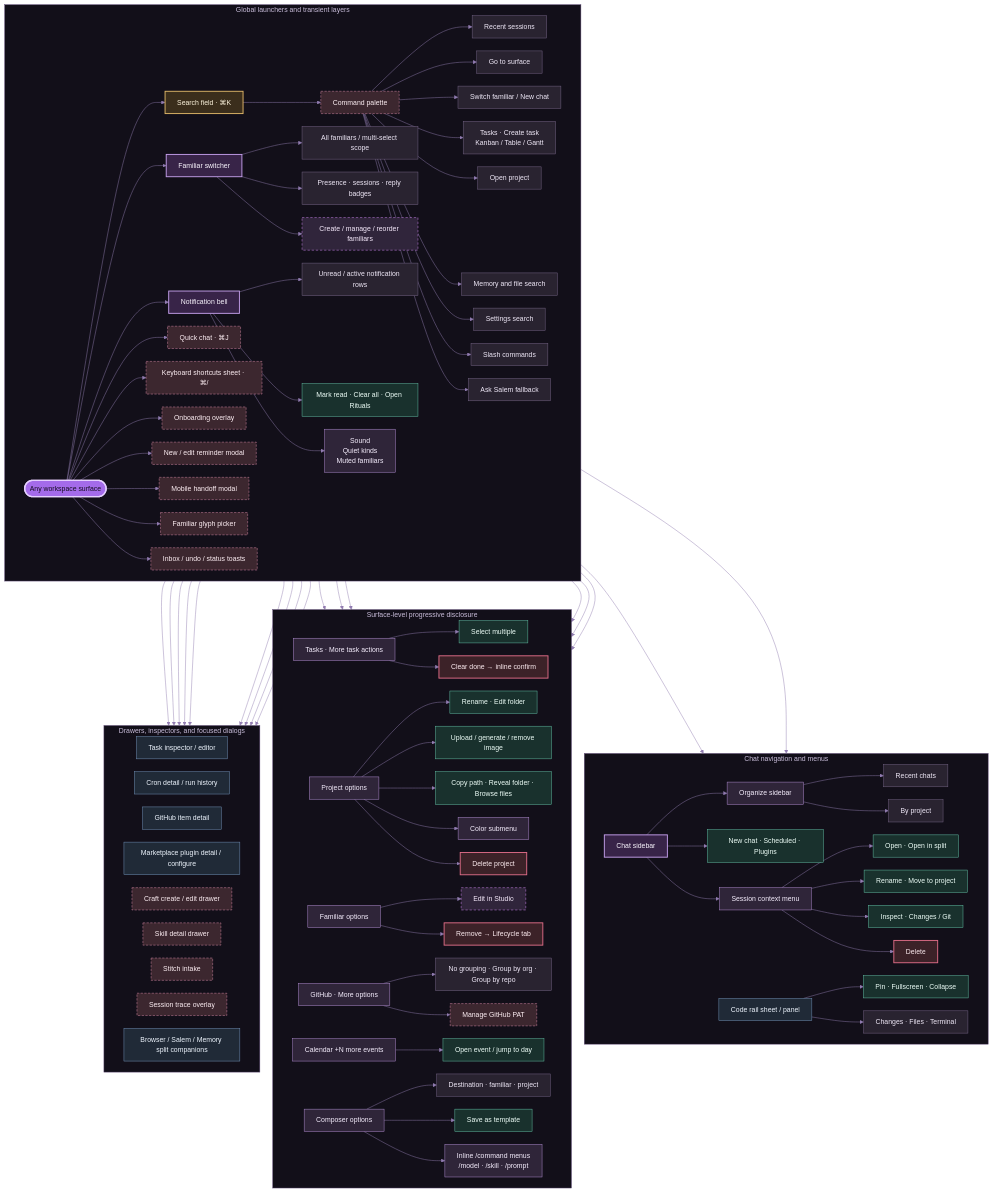
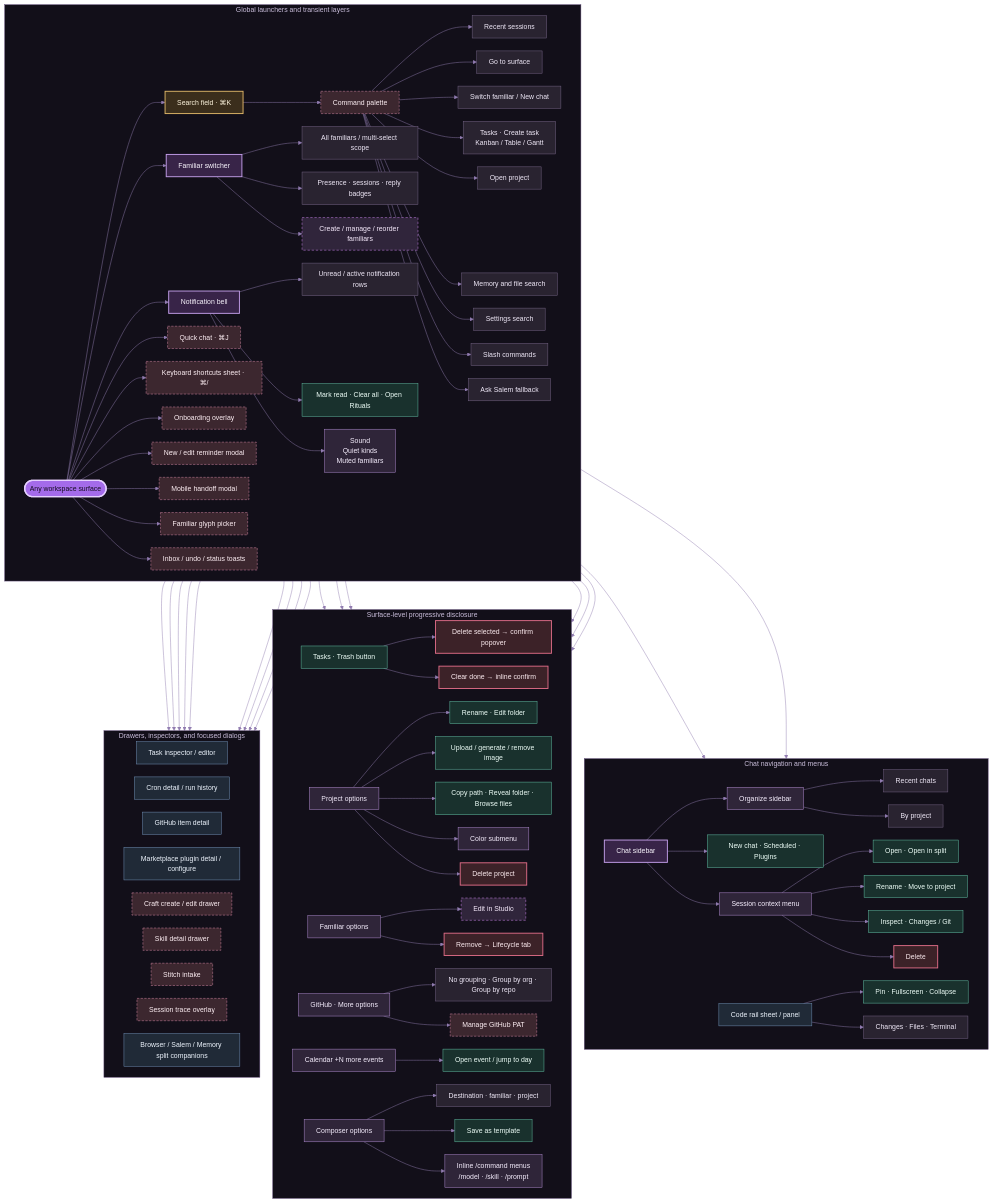
One commit to oxfern/coven-cave changed the diagram in docs/diagrams/navigation/04-menus-and-overlays.mmd. Above: the diagram before and after it, drawn with Mermaid. The commit also changed 3 other files, not shown here.

First line of the commit message:
Tasks: trash button owns Clear done; remove the header overflow menu (cave-zngl) (#3877)

```diff
--- a/docs/diagrams/navigation/04-menus-and-overlays.mmd
+++ b/docs/diagrams/navigation/04-menus-and-overlays.mmd
@@ -1,120 +1,120 @@
 %% CovenCave menus, launchers, contextual navigation, dialogs, and sheets
 %% Sources: workspace.tsx, command-palette.tsx, top-bar.tsx,
 %% sidebar-minimal.tsx, notification-bell.tsx, and surface overflow menus
 %% Regenerated from main@bcf9f8bdbcb1 (2026-07-18) — final IA for issue #3283.
 %%{init: {
   "theme": "base",
   "flowchart": { "curve": "basis", "nodeSpacing": 28, "rankSpacing": 62, "padding": 13 },
   "themeVariables": {
     "fontFamily": "Inter, ui-sans-serif, system-ui, sans-serif",
     "fontSize": "15px",
     "primaryColor": "#241b31",
     "primaryTextColor": "#f7f2ff",
     "primaryBorderColor": "#b995e8",
     "lineColor": "#927db1",
     "clusterBkg": "#120f19",
     "clusterBorder": "#5f4a78",
     "edgeLabelBackground": "#120f19"
   }
 }}%%
 flowchart TB
   UI([Any workspace surface]):::entry
 
   subgraph GLOBAL["Global launchers and transient layers"]
     direction LR
     UI --> SEARCH["Search field · ⌘K"]:::launcher
     SEARCH --> PALETTE["Command palette"]:::overlay
     PALETTE --> PRECENT["Recent sessions"]:::group
     PALETTE --> PSURF["Go to surface"]:::group
     PALETTE --> PFAM["Switch familiar / New chat"]:::group
     PALETTE --> PCARD["Tasks · Create task<br/>Kanban / Table / Gantt"]:::group
     PALETTE --> PPROJECT["Open project"]:::group
     PALETTE --> PMEM["Memory and file search"]:::group
     PALETTE --> PSET["Settings search"]:::group
     PALETTE --> PCMD["Slash commands"]:::group
     PALETTE --> PSALEM["Ask Salem fallback"]:::group
 
     UI --> FSWITCH["Familiar switcher"]:::menu
     FSWITCH --> FALL["All familiars / multi-select scope"]:::group
     FSWITCH --> FPRESENCE["Presence · sessions · reply badges"]:::group
     FSWITCH --> FCREATE["Create / manage / reorder familiars"]:::route
 
     UI --> NOTIFY["Notification bell"]:::menu
     NOTIFY --> NROWS["Unread / active notification rows"]:::group
     NOTIFY --> NACT["Mark read · Clear all · Open Rituals"]:::action
     NOTIFY --> NPREF["Sound<br/>Quiet kinds<br/>Muted familiars"]:::submenu
 
     UI --> QUICK["Quick chat · ⌘J"]:::overlay
     UI --> SHORTCUTS["Keyboard shortcuts sheet · ⌘/"]:::overlay
     UI --> ONBOARD["Onboarding overlay"]:::overlay
     UI --> REMINDER["New / edit reminder modal"]:::overlay
     UI --> PHONE["Mobile handoff modal"]:::overlay
     UI --> GLYPH["Familiar glyph picker"]:::overlay
     UI --> TOASTS["Inbox / undo / status toasts"]:::overlay
   end
 
   subgraph CHATMENUS["Chat navigation and menus"]
     direction LR
     UI --> CHATNAV["Chat sidebar"]:::menu
     CHATNAV --> CORG["Organize sidebar"]:::submenu
     CORG --> CRECENT["Recent chats"]:::group
     CORG --> CPROJECT["By project"]:::group
     CHATNAV --> CQUICK["New chat · Scheduled · Plugins"]:::action
     CHATNAV --> CROW["Session context menu"]:::submenu
     CROW --> COPEN["Open · Open in split"]:::action
     CROW --> CTRANS["Rename · Move to project"]:::action
     CROW --> CDEBUG["Inspect · Changes / Git"]:::action
     CROW --> CDELETE["Delete"]:::danger
     UI --> CODERAIL["Code rail sheet / panel"]:::panel
     CODERAIL --> CRFULL["Pin · Fullscreen · Collapse"]:::action
     CODERAIL --> CRTABS["Changes · Files · Terminal"]:::group
   end
 
   subgraph SURFACEMENUS["Surface-level progressive disclosure"]
     direction LR
-    UI --> BOARDMENU["Tasks · More task actions"]:::submenu
-    BOARDMENU --> BMULTI["Select multiple"]:::action
-    BOARDMENU --> BCLEAR["Clear done → inline confirm"]:::danger
+    UI --> BOARDTRASH["Tasks · Trash button"]:::action
+    BOARDTRASH --> BDELSEL["Delete selected → confirm popover"]:::danger
+    BOARDTRASH --> BCLEAR["Clear done → inline confirm"]:::danger
     UI --> PROJECTMENU["Project options"]:::submenu
     PROJECTMENU --> PEDIT["Rename · Edit folder"]:::action
     PROJECTMENU --> PICON["Upload / generate / remove image"]:::action
     PROJECTMENU --> PPATH["Copy path · Reveal folder · Browse files"]:::action
     PROJECTMENU --> PCOLOR["Color submenu"]:::submenu
     PROJECTMENU --> PDELETE["Delete project"]:::danger
     UI --> FAMILIARMENU["Familiar options"]:::submenu
     FAMILIARMENU --> FEDIT["Edit in Studio"]:::route
     FAMILIARMENU --> FREMOVE["Remove → Lifecycle tab"]:::danger
     UI --> GHMENU["GitHub · More options"]:::submenu
     GHMENU --> GHGRP["No grouping · Group by org · Group by repo"]:::group
     GHMENU --> GHPAT["Manage GitHub PAT"]:::overlay
     UI --> CALMENU["Calendar +N more events"]:::submenu
     CALMENU --> CALDAY["Open event / jump to day"]:::action
     UI --> HOMECOMP["Composer options"]:::submenu
     HOMECOMP --> HDEST["Destination · familiar · project"]:::group
     HOMECOMP --> HSAVE["Save as template"]:::action
     HOMECOMP --> HSLASH["Inline /command menus<br/>/model · /skill · /prompt"]:::submenu
   end
 
   subgraph DETAIL["Drawers, inspectors, and focused dialogs"]
     direction LR
     UI --> TASKINSPECT["Task inspector / editor"]:::panel
     UI --> CRONINSPECT["Cron detail / run history"]:::panel
     UI --> GHDETAIL["GitHub item detail"]:::panel
     UI --> MARKETDETAIL["Marketplace plugin detail / configure"]:::panel
     UI --> CRAFTDRAWER["Craft create / edit drawer"]:::overlay
     UI --> SKILLDRAWER["Skill detail drawer"]:::overlay
     UI --> STITCH["Stitch intake"]:::overlay
     UI --> TRACE["Session trace overlay"]:::overlay
     UI --> BROWSERSPLIT["Browser / Salem / Memory split companions"]:::panel
   end
 
   classDef entry fill:#a46bea,stroke:#e5d0ff,color:#160d22,stroke-width:3px;
   classDef launcher fill:#3b2e1c,stroke:#e3ba6a,color:#fff6df,stroke-width:2px;
   classDef menu fill:#382448,stroke:#c6a1ed,color:#fbf7ff,stroke-width:2px;
   classDef submenu fill:#2f2539,stroke:#b792d9,color:#f7efff;
   classDef overlay fill:#3c272f,stroke:#e190ad,color:#fff0f5,stroke-dasharray:5 3;
   classDef panel fill:#202a37,stroke:#7596bd,color:#eff6ff;
   classDef group fill:#292330,stroke:#786789,color:#f0e9f8;
   classDef action fill:#19312d,stroke:#66c7aa,color:#effff9;
   classDef route fill:#30253b,stroke:#db8fff,color:#f9edff,stroke-dasharray:5 4;
   classDef danger fill:#3c2228,stroke:#e06d88,color:#ffeef2,stroke-width:2px;
```
